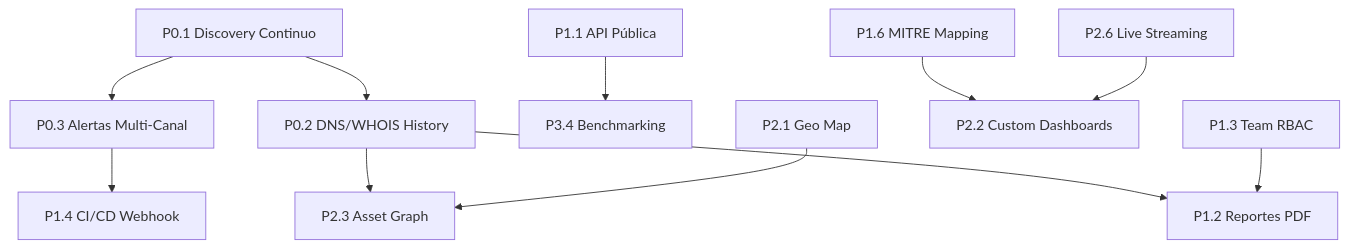
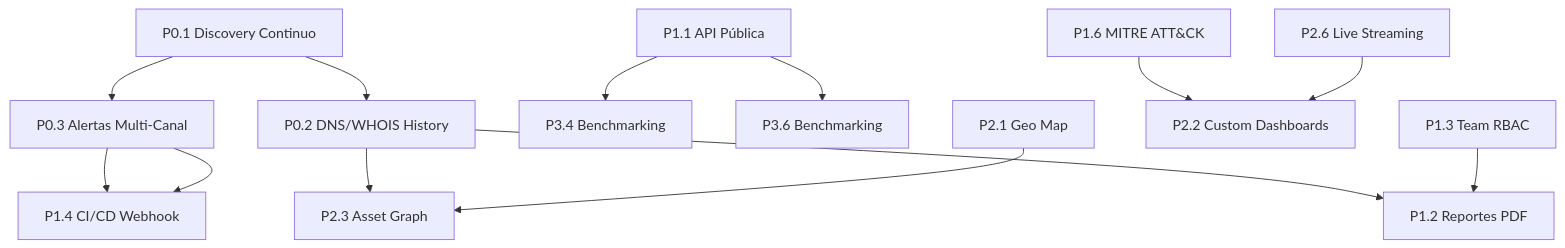
Before and after one commit to StrategicConnex/StrategicConnexAudit: the third of 3 diagrams in docs/improvements/ROADMAP.md, drawn with Mermaid. The commit also changed other lines of this file and 43 other files, not shown here.

````diff
--- a/docs/improvements/ROADMAP.md
+++ b/docs/improvements/ROADMAP.md
@@ -327,13 +468,15 @@
 ```mermaid
 flowchart TD
     P0_1[P0.1 Discovery Continuo] --> P0_2[P0.2 DNS/WHOIS History]
     P0_1 --> P0_3[P0.3 Alertas Multi-Canal]
     P0_2 --> P1_2[P1.2 Reportes PDF]
     P0_2 --> P2_3[P2.3 Asset Graph]
     P0_3 --> P1_4[P1.4 CI/CD Webhook]
     P1_1[P1.1 API Pública] --> P3_4[P3.4 Benchmarking]
-    P1_3[P1.3 Team RBAC] --> P1_2
-    P1_6[P1.6 MITRE Mapping] --> P2_2[P2.2 Custom Dashboards]
-    P2_1[P2.1 Geo Map] --> P2_3
+    P0_3 --> P1_4[P1.4 CI/CD Webhook]
+    P1_1[P1.1 API Pública] --> P3_6[P3.6 Benchmarking]
+    P1_3[P1.3 Team RBAC] --> P1_2[P1.2 Reportes PDF]
+    P1_6[P1.6 MITRE ATT&CK] --> P2_2[P2.2 Custom Dashboards]
+    P2_1[P2.1 Geo Map] --> P2_3[P2.3 Asset Graph]
     P2_6[P2.6 Live Streaming] --> P2_2
 ```
````
